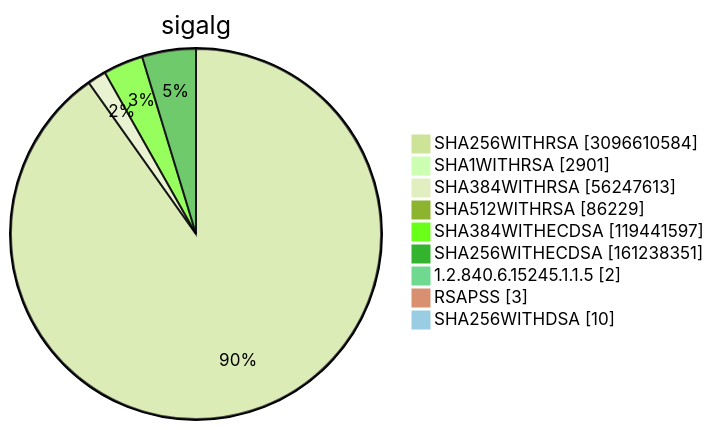
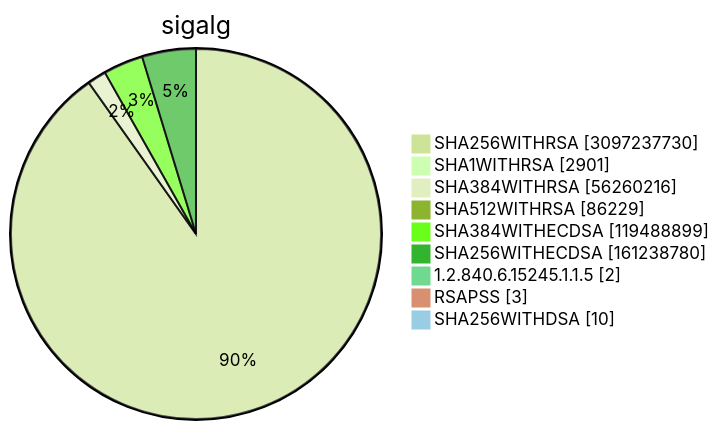
Before and after one commit to christiankrug/ctmonitor_visualization: diagram 15 of 15 in TOTAL/README.md, drawn with Mermaid (forest theme). The commit also changed other lines of this file, not shown here.

````diff
--- a/TOTAL/README.md
+++ b/TOTAL/README.md
@@ -6211,13 +6211,13 @@
 ```mermaid
 pie showData
 title sigalg
-"SHA256WITHRSA" :3096610584
+"SHA256WITHRSA" :3097237730
 "SHA1WITHRSA" :2901
-"SHA384WITHRSA" :56247613
+"SHA384WITHRSA" :56260216
 "SHA512WITHRSA" :86229
-"SHA384WITHECDSA" :119441597
-"SHA256WITHECDSA" :161238351
+"SHA384WITHECDSA" :119488899
+"SHA256WITHECDSA" :161238780
 "1.2.840.6.15245.1.1.5" :2
 "RSAPSS" :3
 "SHA256WITHDSA" :10
 ```
````
